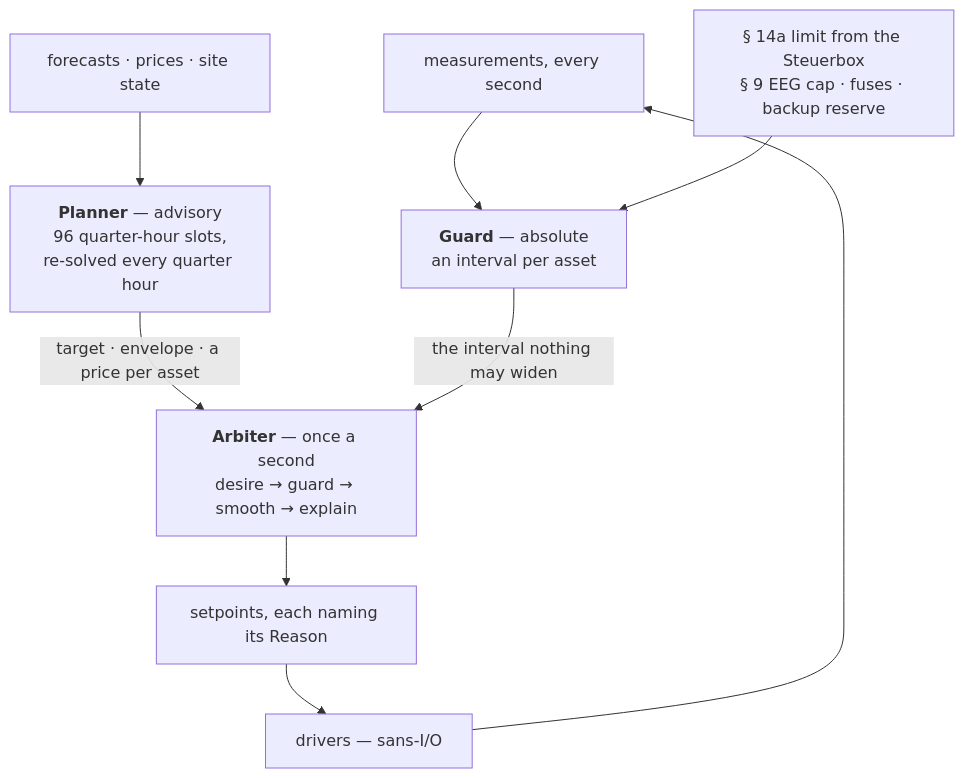
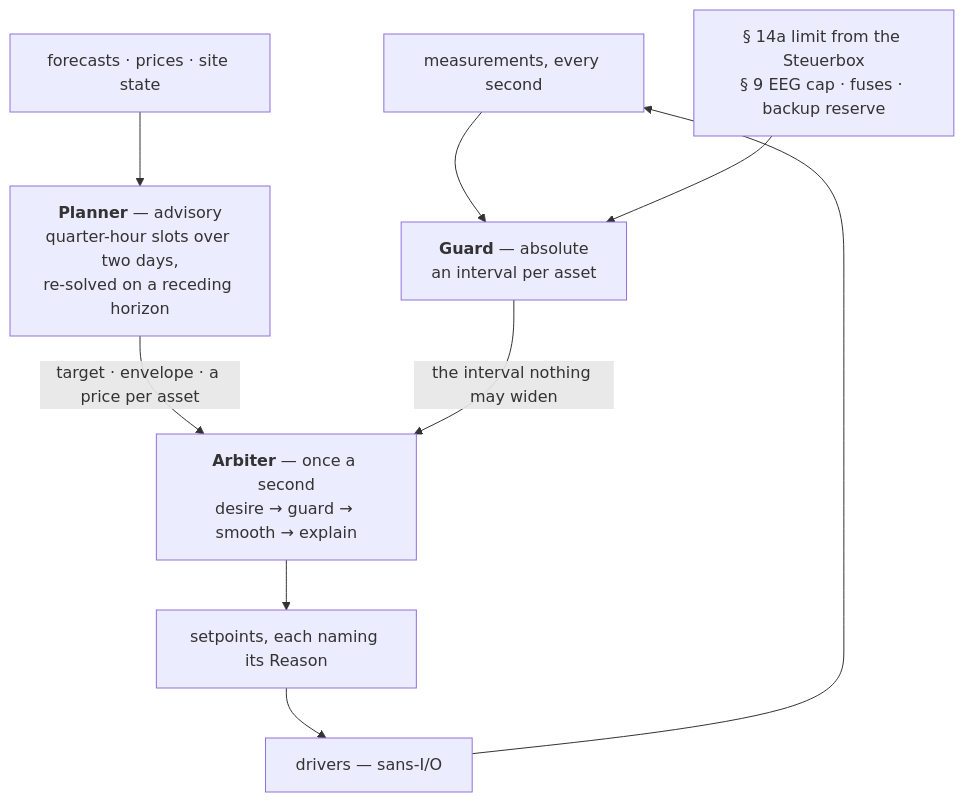
Before and after one commit to hupe1980/hems: the diagram in README.md, drawn with Mermaid. The commit also changed other lines of this file and 43 other files, not shown here.

````diff
--- a/README.md
+++ b/README.md
@@ -95,12 +114,12 @@
 ```mermaid
 flowchart TB
   M["measurements, every second"] --> G
   L["§ 14a limit from the Steuerbox<br/>§ 9 EEG cap · fuses · backup reserve"] --> G
   G["<b>Guard</b> — absolute<br/>an interval per asset"]
-  F["forecasts · prices · site state"] --> P["<b>Planner</b> — advisory<br/>96 quarter-hour slots,<br/>re-solved every quarter hour"]
+  F["forecasts · prices · site state"] --> P["<b>Planner</b> — advisory<br/>quarter-hour slots over two days,<br/>re-solved on a receding horizon"]
   P -- "target · envelope · a price per asset" --> A["<b>Arbiter</b> — once a second<br/>desire → guard → smooth → explain"]
   G -- "the interval nothing may widen" --> A
   A --> S["setpoints, each naming its Reason"]
   S --> D["drivers — sans-I/O"]
   D --> M
 ```
````
